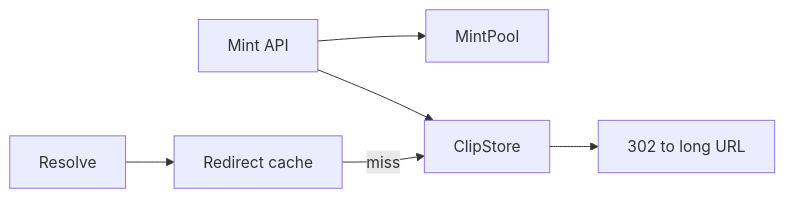
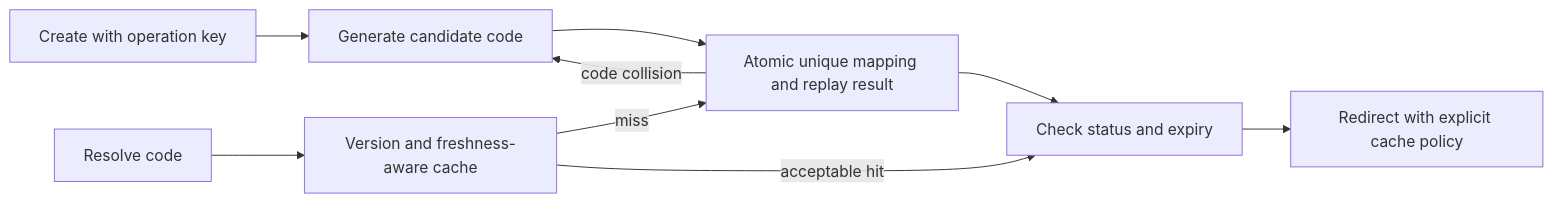
Before and after one commit to jdodsoncollins/study-material: the diagram in lessons/system-design/cases/url-shortener/viz/path.md, drawn with Mermaid. The commit also changed 175 other files, not shown here.

````diff
--- a/lessons/system-design/cases/url-shortener/viz/path.md
+++ b/lessons/system-design/cases/url-shortener/viz/path.md
@@ -3,8 +3,11 @@
 ```mermaid
 flowchart LR
-  mint[Mint API] --> keys[MintPool]
-  mint --> store[ClipStore]
-  click[Resolve] --> cache[Redirect cache]
+  mint[Create with operation key] --> keys[Generate candidate code]
+  keys --> store[Atomic unique mapping and replay result]
+  store -->|code collision| keys
+  click[Resolve code] --> cache[Version and freshness-aware cache]
   cache -->|miss| store
-  store --> cdn[302 to long URL]
+  store --> check[Check status and expiry]
+  cache -->|acceptable hit| check
+  check --> redirect[Redirect with explicit cache policy]
 ```
````
